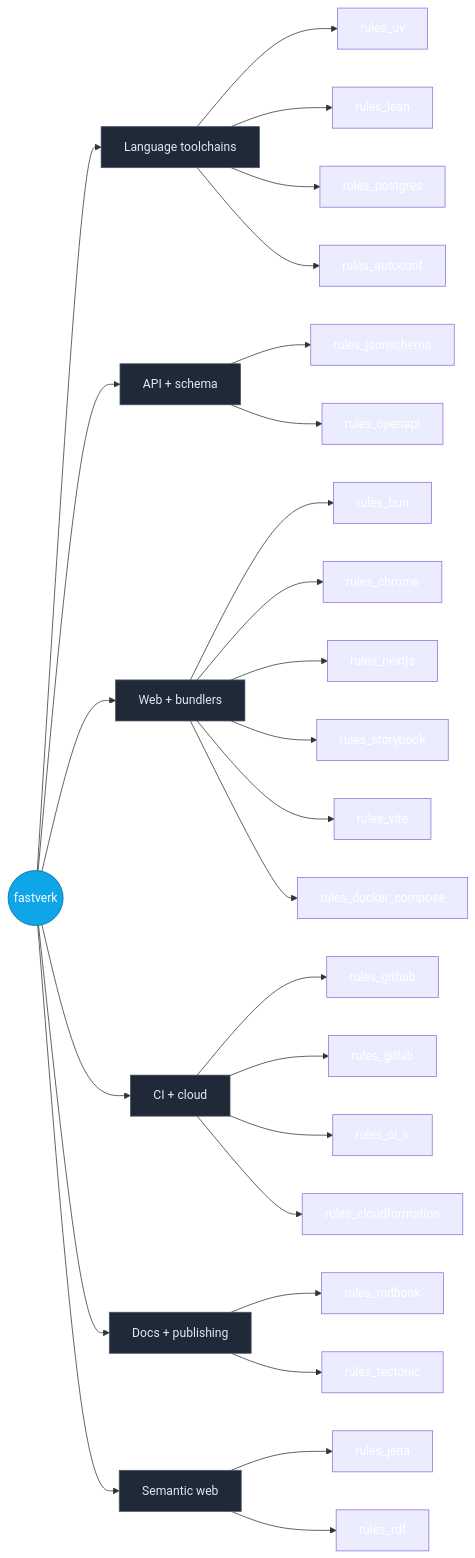
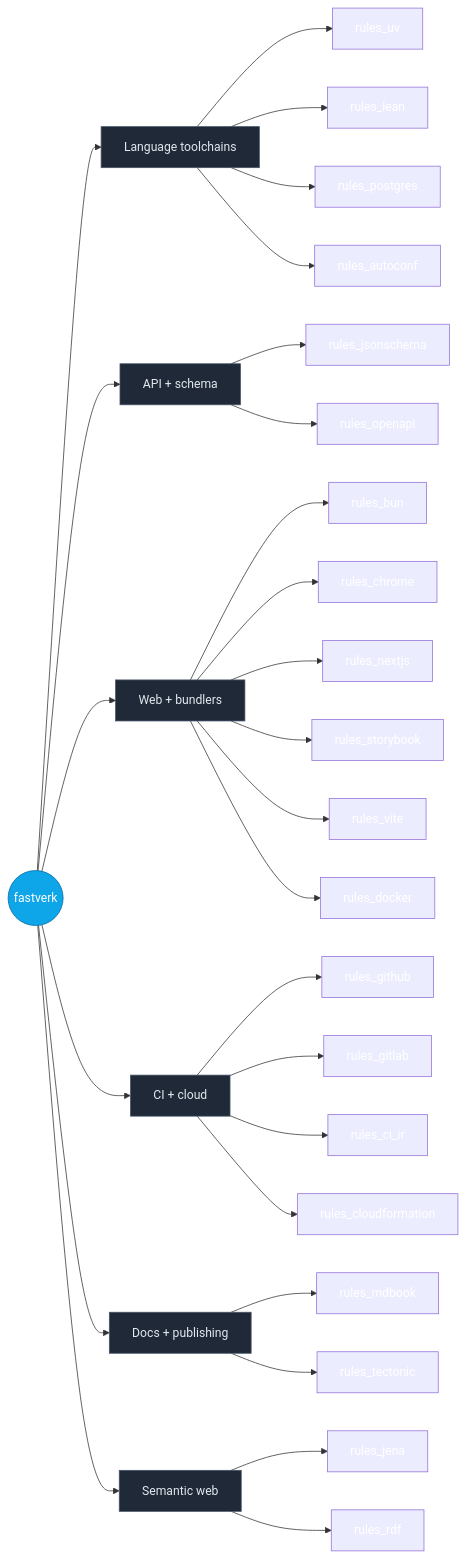
Before and after one commit to fastverk/.github: the diagram in profile/README.md, drawn with Mermaid. The commit also changed other lines of this file, not shown here.

````diff
--- a/profile/README.md
+++ b/profile/README.md
@@ -34,42 +34,42 @@
 ```mermaid
 flowchart LR
     fastverk((fastverk))
 
     fastverk --> Lang[Language toolchains]
     fastverk --> API[API + schema]
     fastverk --> Web[Web + bundlers]
     fastverk --> Devops[CI + cloud]
     fastverk --> Docs[Docs + publishing]
     fastverk --> Semantic[Semantic web]
 
     Lang --> rules_uv[rules_uv]
     Lang --> rules_lean[rules_lean]
     Lang --> rules_postgres[rules_postgres]
     Lang --> rules_autoconf[rules_autoconf]
 
     API --> rules_jsonschema[rules_jsonschema]
     API --> rules_openapi[rules_openapi]
 
     Web --> rules_bun[rules_bun]
     Web --> rules_chrome[rules_chrome]
     Web --> rules_nextjs[rules_nextjs]
     Web --> rules_storybook[rules_storybook]
     Web --> rules_vite[rules_vite]
-    Web --> rules_docker_compose[rules_docker_compose]
+    Web --> rules_docker[rules_docker]
 
     Devops --> rules_github[rules_github]
     Devops --> rules_gitlab[rules_gitlab]
     Devops --> rules_ci_ir[rules_ci_ir]
     Devops --> rules_cloudformation[rules_cloudformation]
 
     Docs --> rules_mdbook[rules_mdbook]
     Docs --> rules_tectonic[rules_tectonic]
 
     Semantic --> rules_jena[rules_jena]
     Semantic --> rules_rdf[rules_rdf]
 
     classDef cat fill:#1f2937,stroke:#475569,color:#e2e8f0
     classDef root fill:#0ea5e9,stroke:#0369a1,color:#fff
     class fastverk root
     class Lang,API,Web,Devops,Docs,Semantic cat
 ```
````
